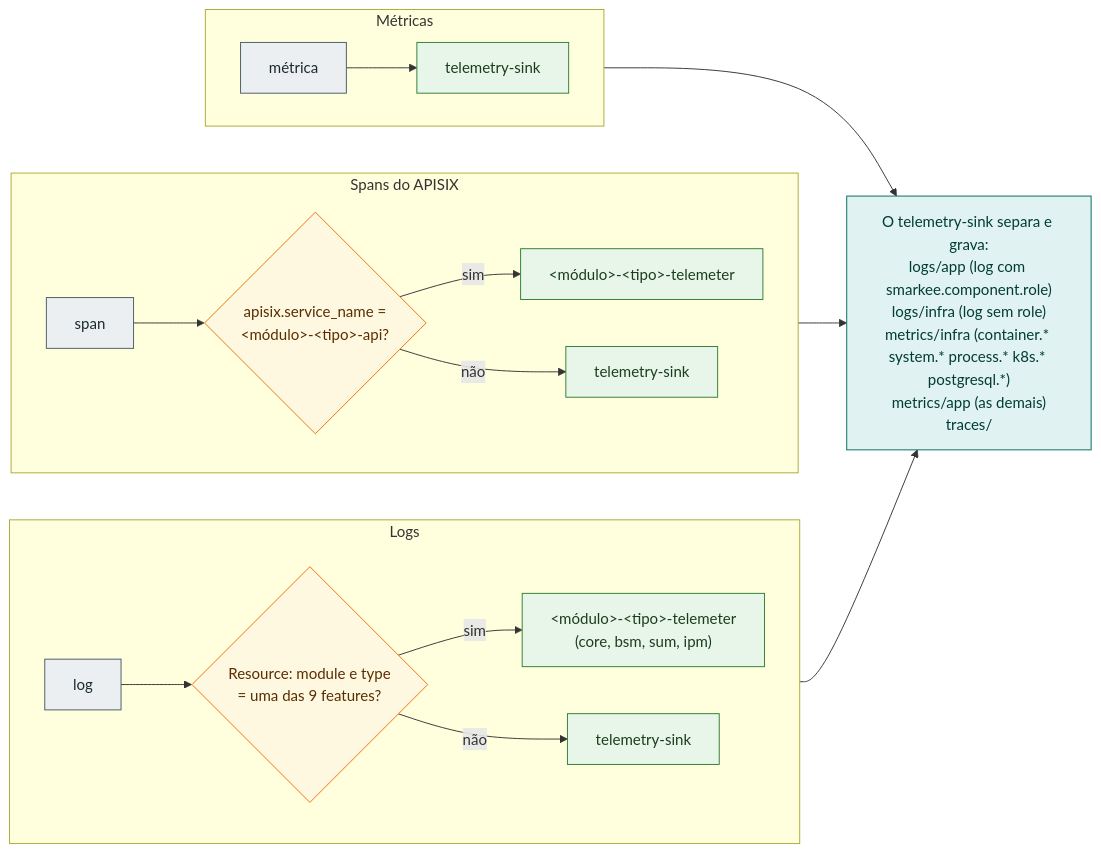
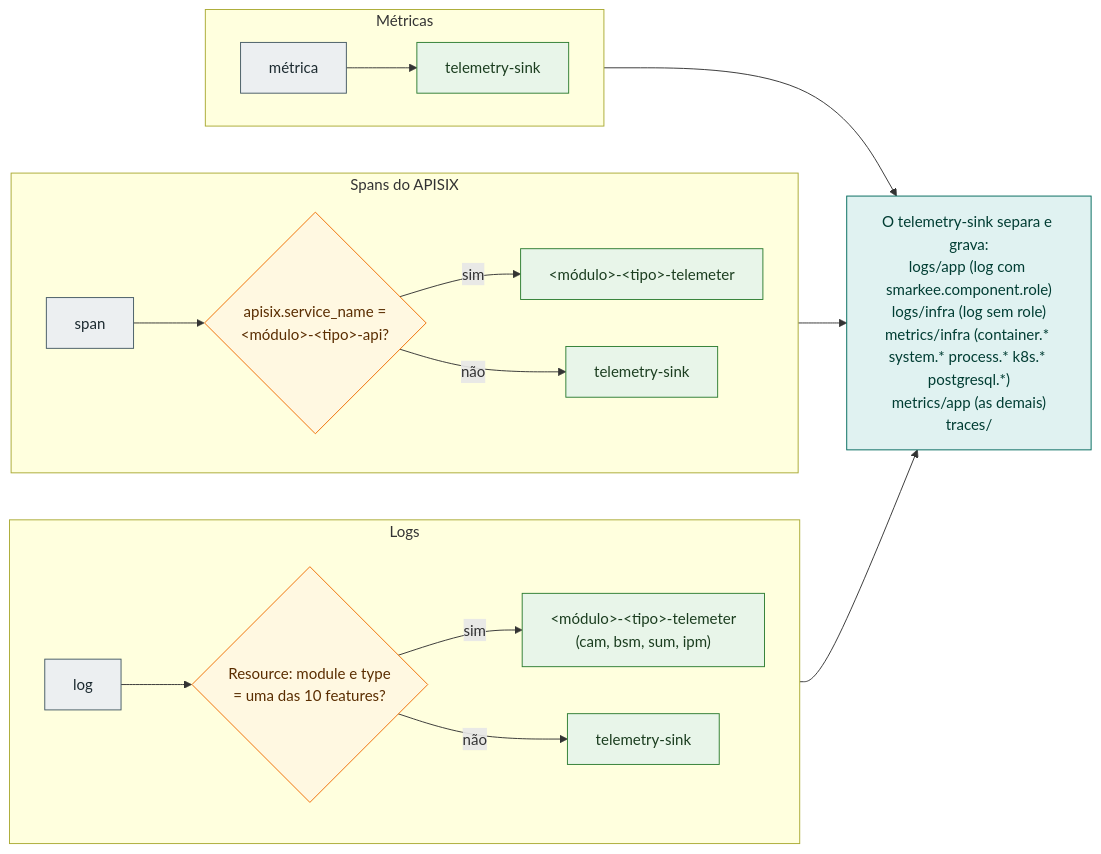
Before and after one commit to danielsabatini/smarkee: the diagram in docs/diagrams/observability-routing.mmd, drawn with Mermaid. The commit also changed 44 other files, not shown here.

First line of the commit message:
docs: alinha documentacao ao modulo cam, 10 features e ao cluster Kubernetes

```diff
--- a/docs/diagrams/observability-routing.mmd
+++ b/docs/diagrams/observability-routing.mmd
@@ -1,29 +1,29 @@
 flowchart LR
     classDef dec fill:#fff8e1,stroke:#ef6c00,color:#5a2d00
     classDef dst fill:#e8f5e9,stroke:#2e7d32,color:#1b3d1f
     classDef sig fill:#eceff1,stroke:#455a64,color:#1c2a30
     classDef note fill:#e0f2f1,stroke:#00695c,color:#003d33
 
     subgraph LOGS["Logs"]
         direction LR
-        L0["log"]:::sig --> L1{"Resource: module e type<br/>= uma das 9 features?"}:::dec
-        L1 -- "sim" --> LC["&lt;módulo&gt;-&lt;tipo&gt;-telemeter<br/>(core, bsm, sum, ipm)"]:::dst
+        L0["log"]:::sig --> L1{"Resource: module e type<br/>= uma das 10 features?"}:::dec
+        L1 -- "sim" --> LC["&lt;módulo&gt;-&lt;tipo&gt;-telemeter<br/>(cam, bsm, sum, ipm)"]:::dst
         L1 -- "não" --> LP["telemetry-sink"]:::dst
     end
 
     subgraph SPANS["Spans do APISIX"]
         direction LR
         S0["span"]:::sig --> S1{"apisix.service_name =<br/>&lt;módulo&gt;-&lt;tipo&gt;-api?"}:::dec
         S1 -- "sim" --> SC["&lt;módulo&gt;-&lt;tipo&gt;-telemeter"]:::dst
         S1 -- "não" --> SP["telemetry-sink"]:::dst
     end
 
     subgraph METRICS["Métricas"]
         direction LR
         M0["métrica"]:::sig --> MP["telemetry-sink"]:::dst
     end
 
     NOTE["O telemetry-sink separa e grava:<br/>logs/app (log com smarkee.component.role)<br/>logs/infra (log sem role)<br/>metrics/infra (container.* system.* process.* k8s.* postgresql.*)<br/>metrics/app (as demais)<br/>traces/"]:::note
     LP --> NOTE
     SP --> NOTE
     MP --> NOTE
```
